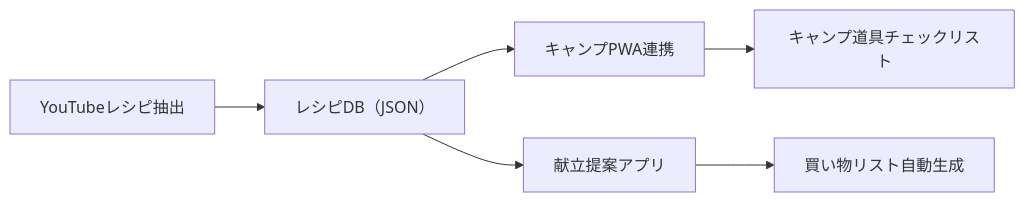
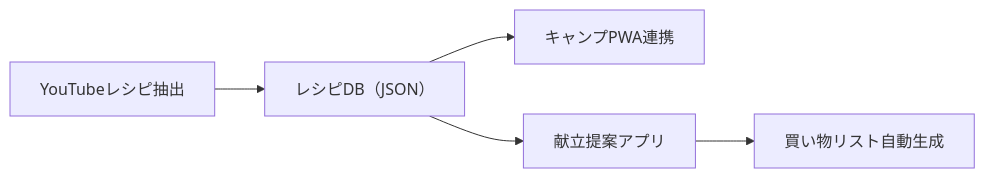
Before and after one commit to mjurymaru-blip/recipe-extractor: the diagram in docs/recipe_extractor/implementation_plan.md, drawn with Mermaid. The commit also changed other lines of this file and 2 other files, not shown here.

````diff
--- a/docs/recipe_extractor/implementation_plan.md
+++ b/docs/recipe_extractor/implementation_plan.md
@@ -301,8 +201,7 @@
 ```mermaid
 graph LR
     A["YouTubeレシピ抽出"] --> B["レシピDB（JSON）"]
     B --> C["キャンプPWA連携"]
     B --> D["献立提案アプリ"]
     D --> E["買い物リスト自動生成"]
-    C --> F["キャンプ道具チェックリスト"]
 ```
````
